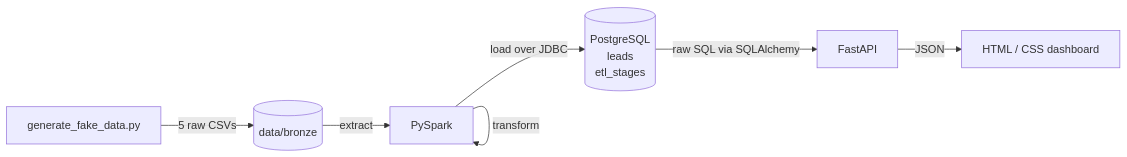
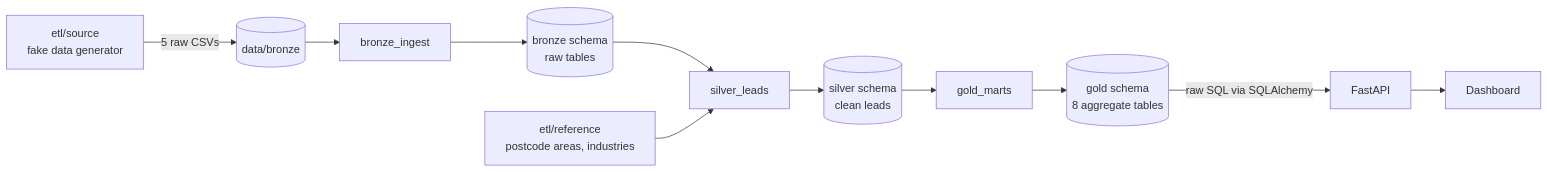
Before and after one commit to Huz4y1/marketing-engine: the diagram in README.md, drawn with Mermaid. The commit also changed other lines of this file and 3 other files, not shown here.

````diff
--- a/README.md
+++ b/README.md
@@ -11,9 +11,13 @@
 ```mermaid
 flowchart LR
-    G[generate_fake_data.py] -->|5 raw CSVs| B[(data/bronze)]
-    B -->|extract| S[PySpark]
-    S -->|transform| S
-    S -->|load over JDBC| P[(PostgreSQL<br/>leads<br/>etl_stages)]
-    P -->|raw SQL via SQLAlchemy| A[FastAPI]
-    A -->|JSON| D[HTML / CSS dashboard]
+    S[etl/source<br/>fake data generator] -->|5 raw CSVs| L[(data/bronze)]
+    L --> B[bronze_ingest]
+    B --> BZ[(bronze schema<br/>raw tables)]
+    BZ --> SL[silver_leads]
+    R[etl/reference<br/>postcode areas, industries] --> SL
+    SL --> SV[(silver schema<br/>clean leads)]
+    SV --> G[gold_marts]
+    G --> GD[(gold schema<br/>8 aggregate tables)]
+    GD -->|raw SQL via SQLAlchemy| A[FastAPI]
+    A --> D[Dashboard]
 ```
````
